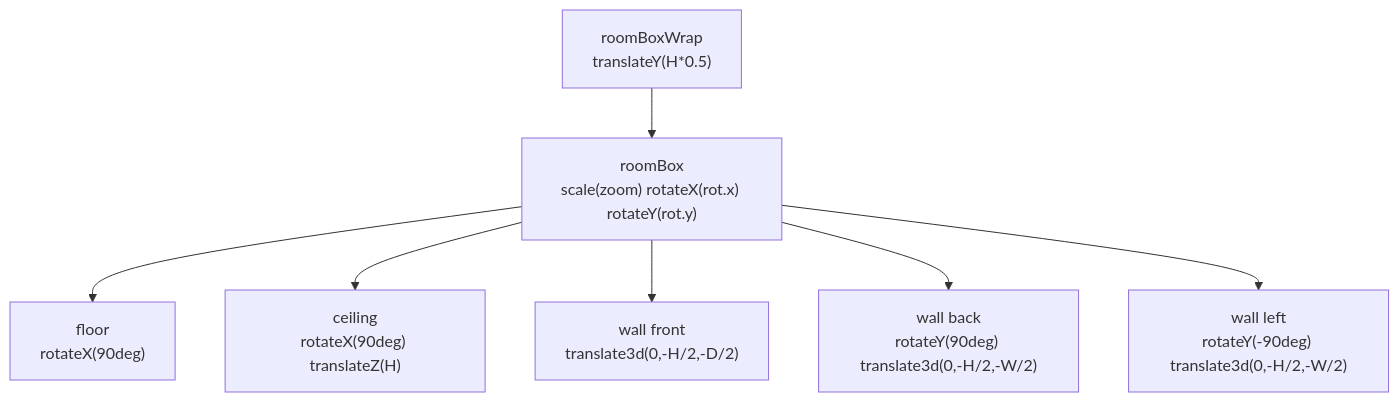
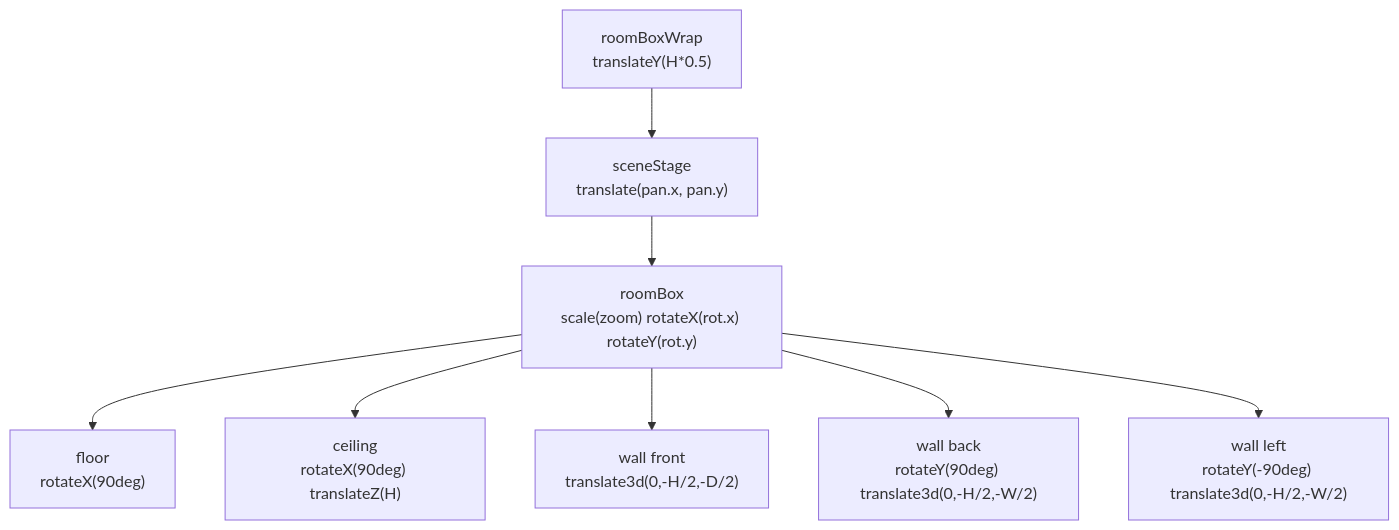
The seventh of 9 diagrams in .qoder/repowiki/zh/content/Web控制台/3D空间建模.md (zh79325/opple-cloud-adapter), drawn with Mermaid before and after one commit. The commit also changed other lines of this file and 28 other files, not shown here.

````diff
--- a/.qoder/repowiki/zh/content/Web控制台/3D空间建模.md
+++ b/.qoder/repowiki/zh/content/Web控制台/3D空间建模.md
@@ -242,9 +256,10 @@
 ```mermaid
 flowchart TD
-Wrap["roomBoxWrap<br/>translateY(H*0.5)"] --> Box["roomBox<br/>scale(zoom) rotateX(rot.x) rotateY(rot.y)"]
+Wrap["roomBoxWrap<br/>translateY(H*0.5)"] --> Stage["sceneStage<br/>translate(pan.x, pan.y)"]
+Stage --> Box["roomBox<br/>scale(zoom) rotateX(rot.x) rotateY(rot.y)"]
 Box --> Floor["floor<br/>rotateX(90deg)"]
 Box --> Ceiling["ceiling<br/>rotateX(90deg) translateZ(H)"]
 Box --> WallF["wall front<br/>translate3d(0,-H/2,-D/2)"]
 Box --> WallB["wall back<br/>rotateY(90deg) translate3d(0,-H/2,-W/2)"]
 Box --> WallL["wall left<br/>rotateY(-90deg) translate3d(0,-H/2,-W/2)"]
 ```
````
